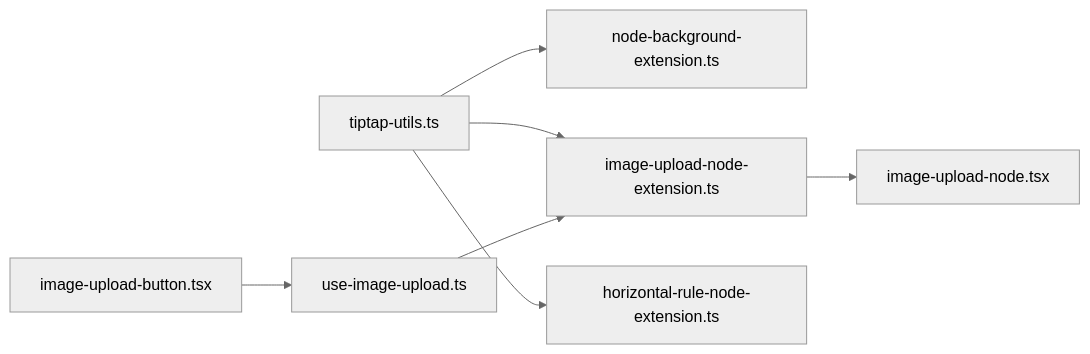
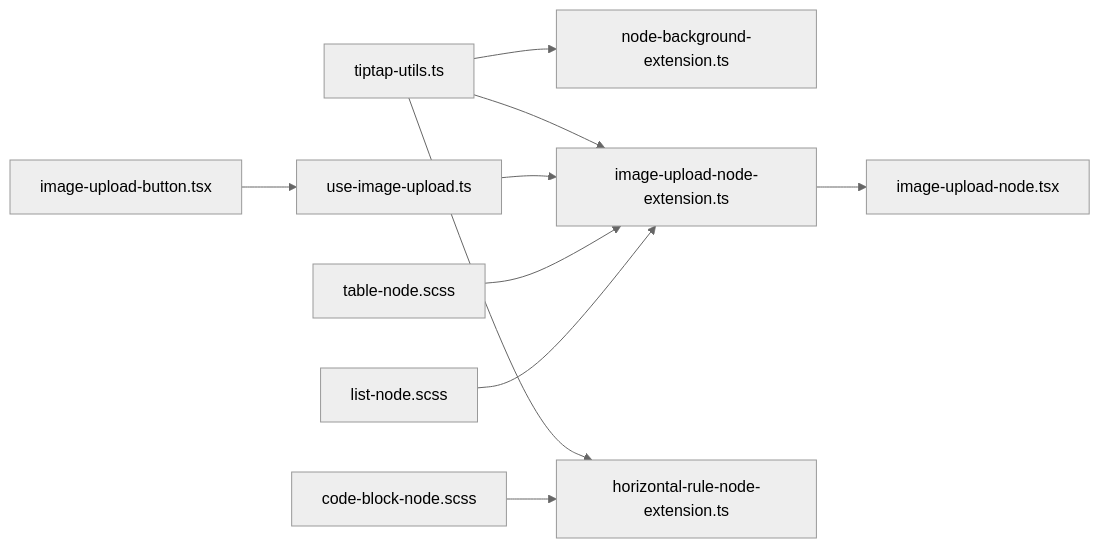
Before and after one commit to gzdxhujiale/FishWorker: the eighth of 8 diagrams in .qoder/repowiki/zh/content/TipTap 编辑器系统/自定义节点开发/自定义节点开发.md, drawn with Mermaid (neutral theme). The commit also changed other lines of this file and 19 other files, not shown here.

````diff
--- a/.qoder/repowiki/zh/content/TipTap 编辑器系统/自定义节点开发/自定义节点开发.md
+++ b/.qoder/repowiki/zh/content/TipTap 编辑器系统/自定义节点开发/自定义节点开发.md
@@ -269,9 +316,12 @@
 ```mermaid
 graph LR
 Utils["tiptap-utils.ts"] --> BG["node-background-extension.ts"]
 Utils --> IMG["image-upload-node-extension.ts"]
 Utils --> HR["horizontal-rule-node-extension.ts"]
 UI["image-upload-button.tsx"] --> Hook["use-image-upload.ts"]
 Hook --> IMG
 IMG --> View["image-upload-node.tsx"]
+TableStyle["table-node.scss"] --> IMG
+CodeStyle["code-block-node.scss"] --> HR
+ListStyle["list-node.scss"] --> IMG
 ```
````
